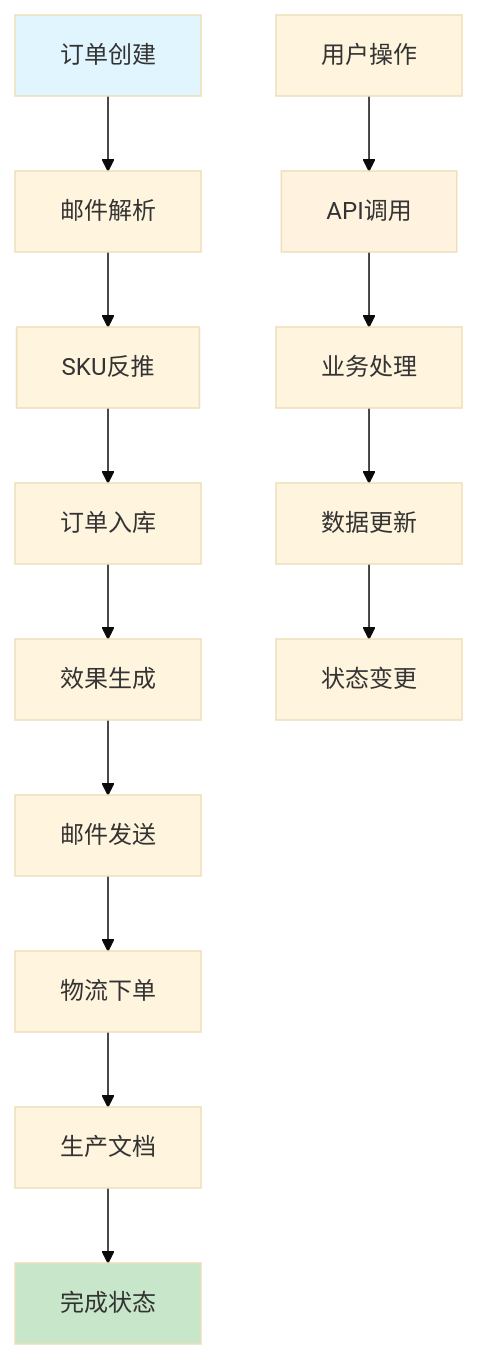
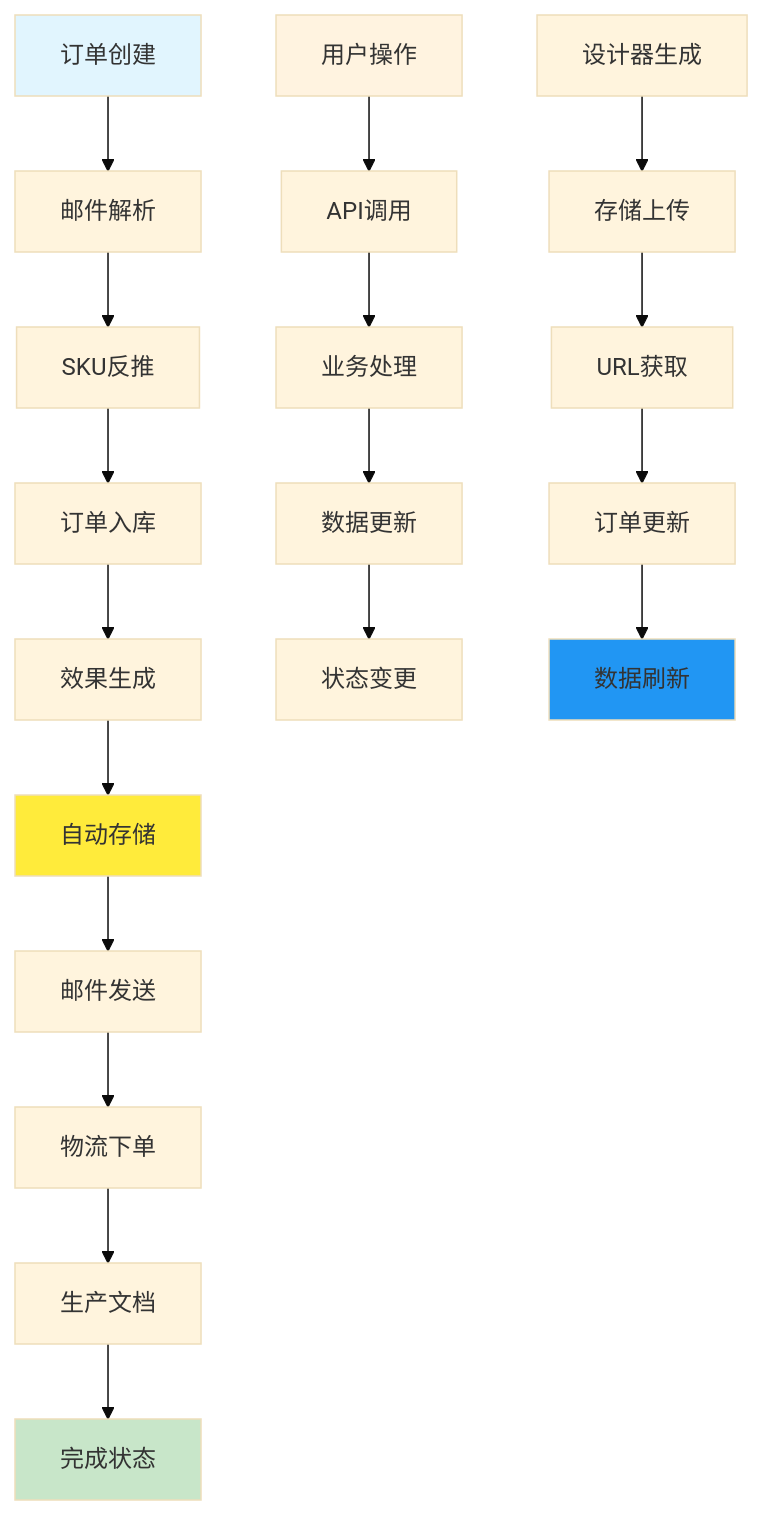
One commit to SY6621/POD-Order-Management changed the eighth of 20 diagrams in .qoder/repowiki/zh/content/开发指南/管理面板功能增强.md. Above: the diagram before and after it, drawn with Mermaid (base theme). The commit also changed other lines of this file and 8 other files, not shown here.

````diff
--- a/.qoder/repowiki/zh/content/开发指南/管理面板功能增强.md
+++ b/.qoder/repowiki/zh/content/开发指南/管理面板功能增强.md
@@ -301,18 +379,25 @@
 ```mermaid
 flowchart TD
 A[订单创建] --> B[邮件解析]
 B --> C[SKU反推]
 C --> D[订单入库]
 D --> E[效果生成]
-E --> F[邮件发送]
-F --> G[物流下单]
-G --> H[生产文档]
-H --> I[完成状态]
-J[用户操作] --> K[API调用]
-K --> L[业务处理]
-L --> M[数据更新]
-M --> N[状态变更]
+E --> F[自动存储]
+F --> G[邮件发送]
+G --> H[物流下单]
+H --> I[生产文档]
+I --> J[完成状态]
+K[用户操作] --> L[API调用]
+L --> M[业务处理]
+M --> N[数据更新]
+N --> O[状态变更]
+P[设计器生成] --> Q[存储上传]
+Q --> R[URL获取]
+R --> S[订单更新]
+S --> T[数据刷新]
 style A fill:#e1f5fe
-style I fill:#c8e6c9
+style J fill:#c8e6c9
 style K fill:#fff3e0
+style F fill:#ffeb3b
+style T fill:#2196f3
 ```
````
